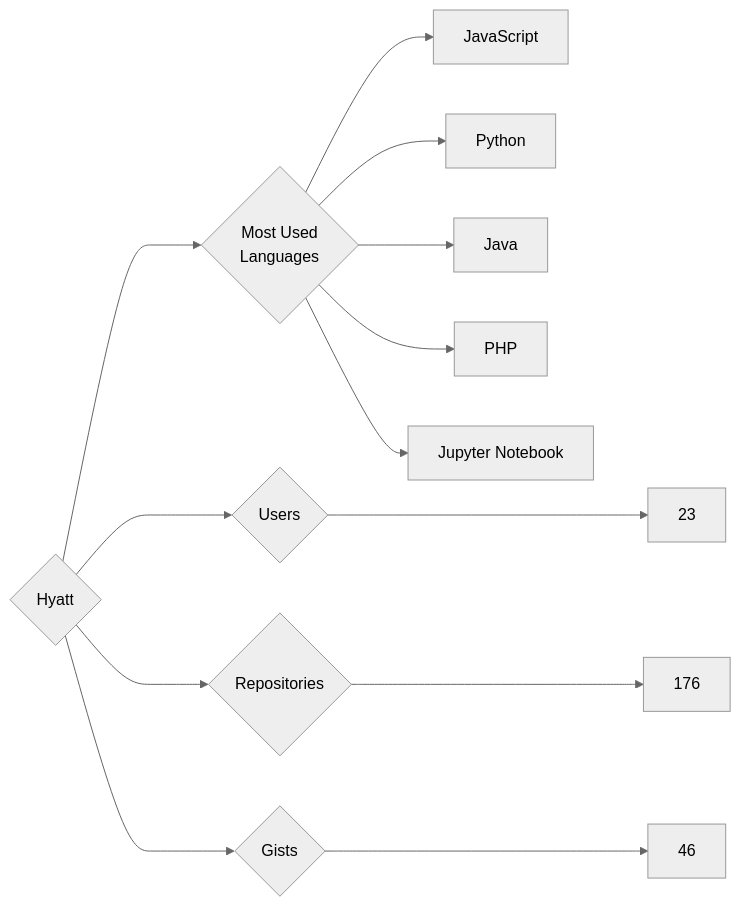
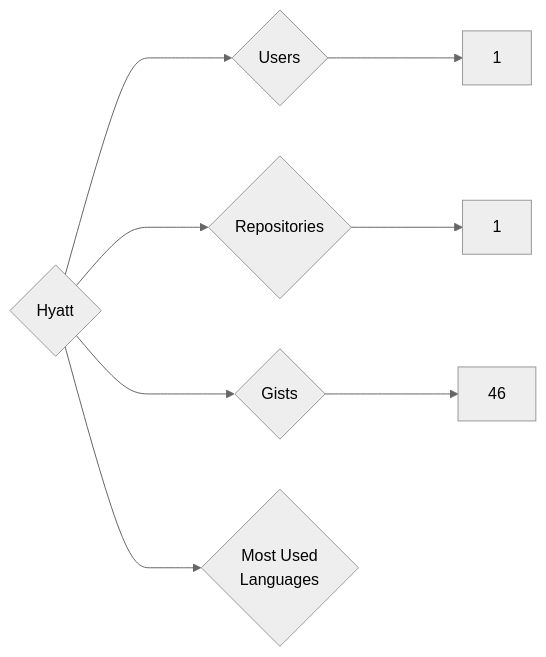
Before and after one commit to trickest/insiders: the diagram in targets/Hyatt/README.md, drawn with Mermaid (neutral theme). The commit also changed 870 other files, not shown here.

````diff
--- a/targets/Hyatt/README.md
+++ b/targets/Hyatt/README.md
@@ -3,13 +3,8 @@
 ```mermaid
 graph LR
 COMPANY_NAME{Hyatt}
-COMPANY_NAME ---> U{Users} ---> UN[23]
-COMPANY_NAME ---> R{Repositories} ---> RN[176]
+COMPANY_NAME ---> U{Users} ---> UN[1]
+COMPANY_NAME ---> R{Repositories} ---> RN[1]
 COMPANY_NAME ---> G{Gists} ---> GN[46]
 COMPANY_NAME ---> ML{Most Used<br>Languages}
-ML --> JavaScript[JavaScript]
-ML --> Python[Python]
-ML --> Java[Java]
-ML --> PHP[PHP]
-ML --> Jupyter_Notebook[Jupyter Notebook]
 ```
````
